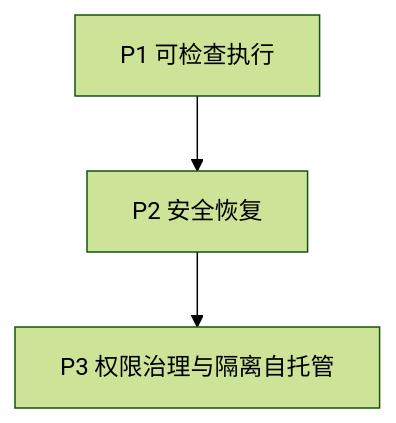
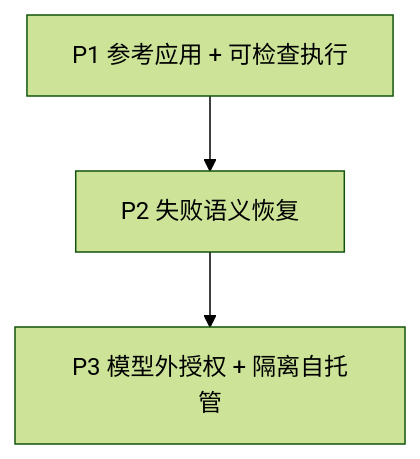
One commit to CherryYang05/BearAgent changed the diagram in site/src/content/docs/zh-cn/project/milestones.md. Above: the diagram before and after it, drawn with Mermaid (forest theme). The commit also changed other lines of this file and 10 other files, not shown here.

Commit message:
Refine failure-honest positioning and vertical roadmap

````diff
--- a/site/src/content/docs/zh-cn/project/milestones.md
+++ b/site/src/content/docs/zh-cn/project/milestones.md
@@ -24,5 +24,5 @@
 ```mermaid
 flowchart TB
-    P1["P1 可检查执行"] --> P2["P2 安全恢复"]
-    P2 --> P3["P3 权限治理与隔离自托管"]
+    P1["P1 参考应用 + 可检查执行"] --> P2["P2 失败语义恢复"]
+    P2 --> P3["P3 模型外授权 + 隔离自托管"]
 ```
````
